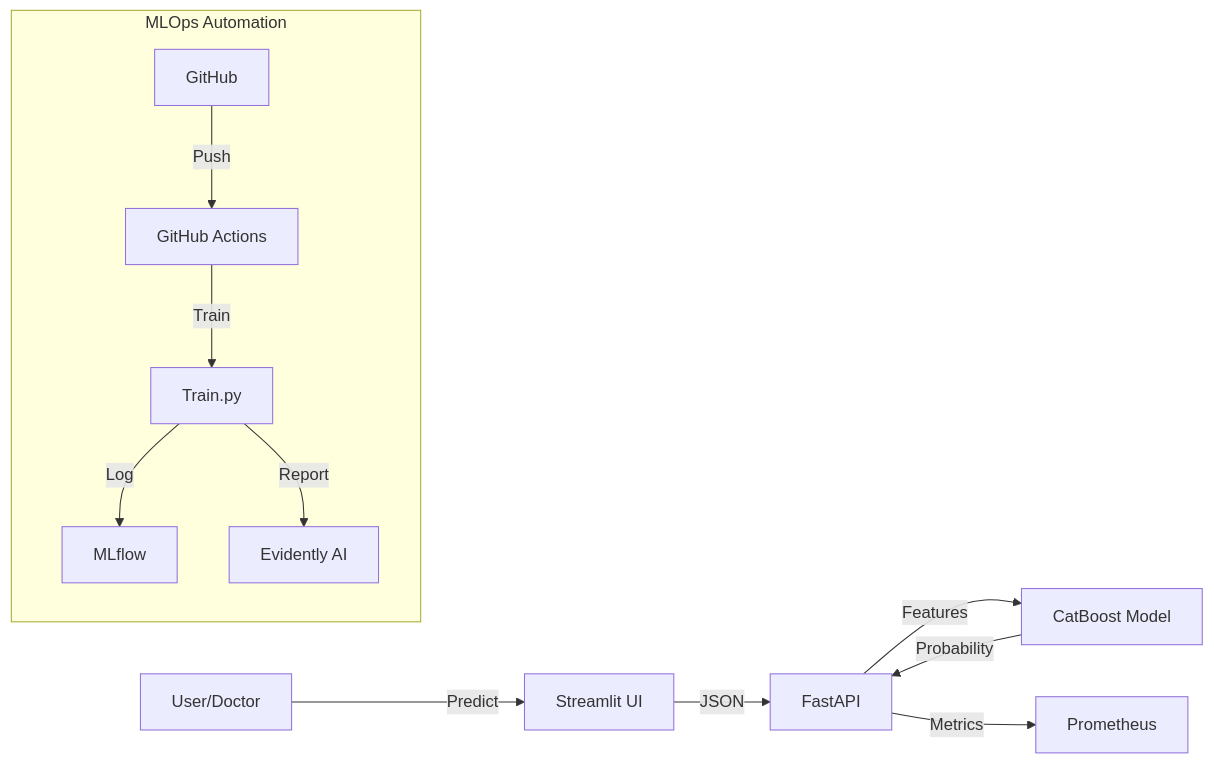
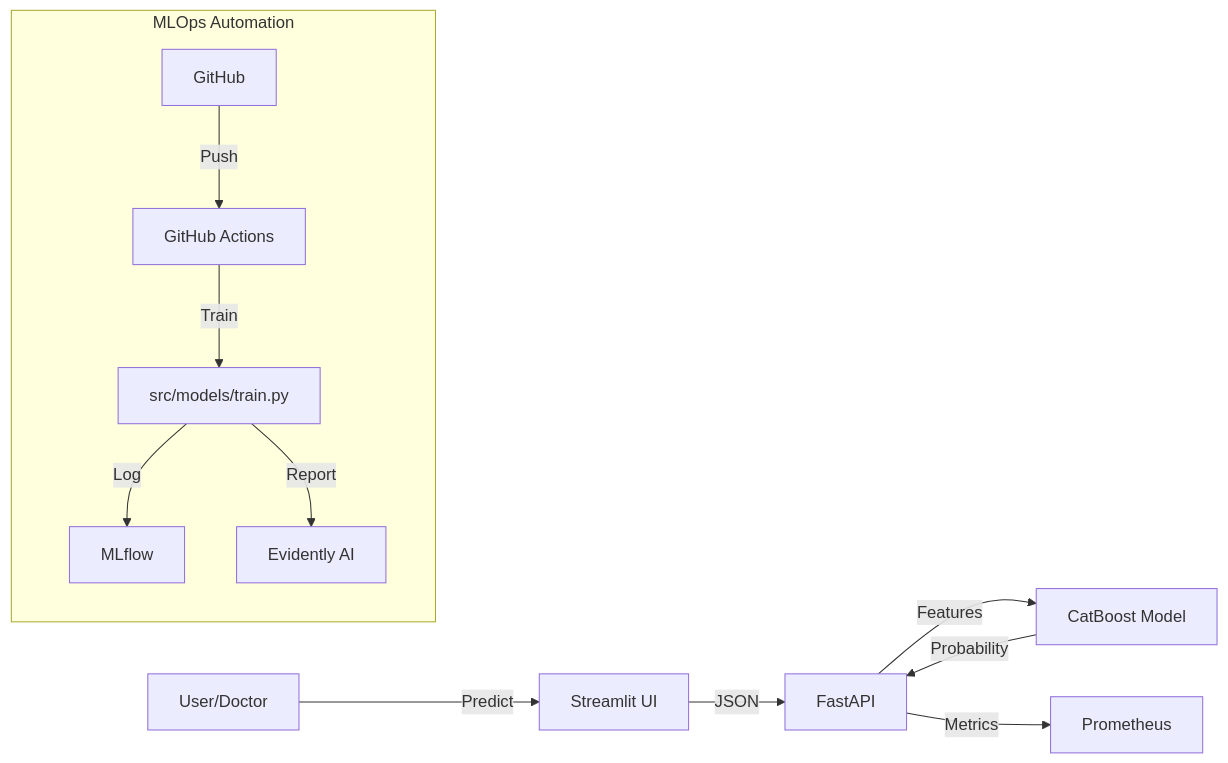
Before and after one commit to Mesutssmn/medical_risk_mlops: the diagram in README.md, drawn with Mermaid. The commit also changed other lines of this file, not shown here.

````diff
--- a/README.md
+++ b/README.md
@@ -43,15 +43,15 @@
 ```mermaid
 graph LR
     User[User/Doctor] -- Predict --> Streamlit[Streamlit UI]
     Streamlit -- JSON --> API[FastAPI]
     API -- Features --> Model[CatBoost Model]
     Model -- Probability --> API
     API -- Metrics --> Prometheus[Prometheus]
 
     subgraph MLOps Automation
         Code[GitHub] -- Push --> Actions[GitHub Actions]
-        Actions -- Train --> Train[Train.py]
+        Actions -- Train --> Train[src/models/train.py]
         Train -- Log --> MLflow[MLflow]
         Train -- Report --> Evidently[Evidently AI]
     end
 ```
````
